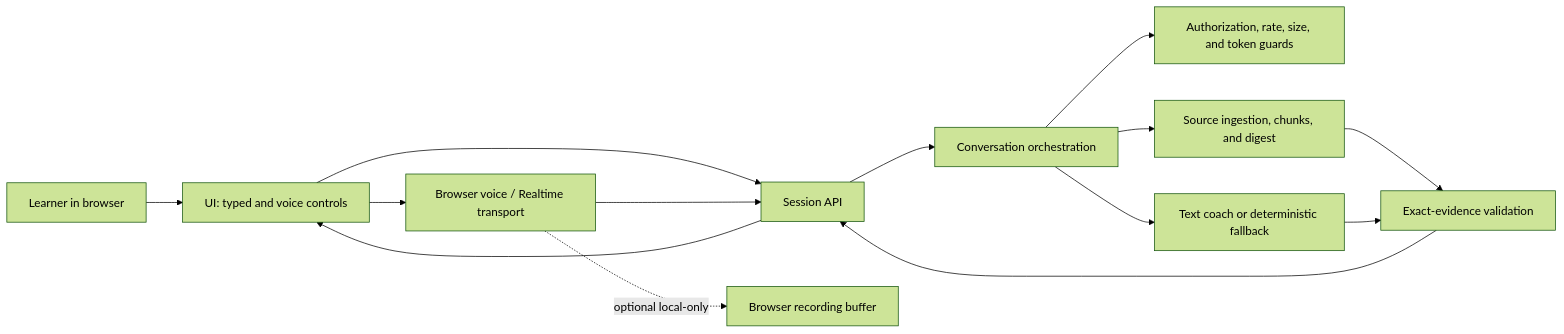
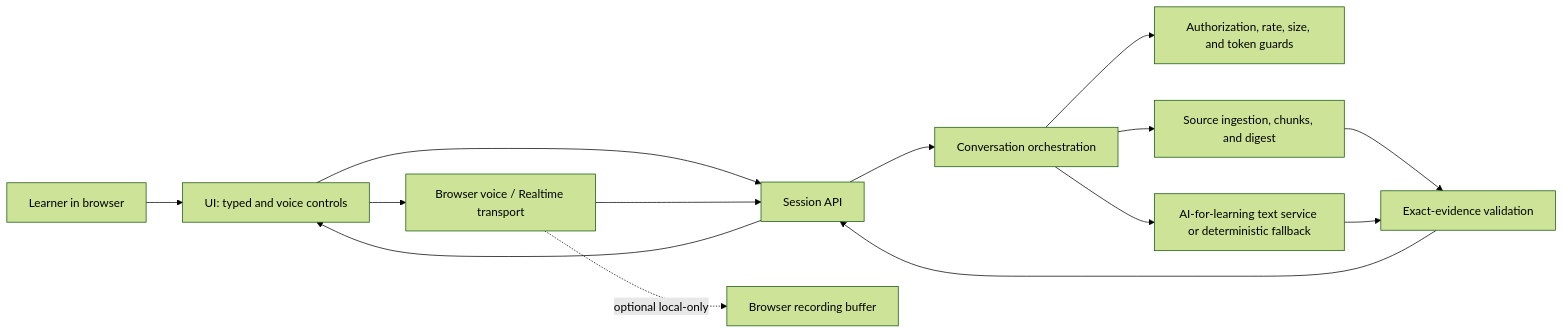
Before and after one commit to xinhuayu/deepchat2learn: the diagram in docs/diagrams/architecture.mmd, drawn with Mermaid (forest theme). The commit also changed 30 other files, not shown here.

```diff
--- a/docs/diagrams/architecture.mmd
+++ b/docs/diagrams/architecture.mmd
@@ -1,14 +1,14 @@
 flowchart LR
   learner["Learner in browser"] --> ui["UI: typed and voice controls"]
   ui --> browserVoice["Browser voice / Realtime transport"]
   ui --> api["Session API"]
   browserVoice --> api
   api --> orchestration["Conversation orchestration"]
   orchestration --> limits["Authorization, rate, size, and token guards"]
   orchestration --> sources["Source ingestion, chunks, and digest"]
-  orchestration --> coach["Text coach or deterministic fallback"]
+  orchestration --> learning["AI-for-learning text service or deterministic fallback"]
   sources --> evidence["Exact-evidence validation"]
-  coach --> evidence
+  learning --> evidence
   evidence --> api
   api --> ui
   browserVoice -. "optional local-only" .-> recording["Browser recording buffer"]
```
